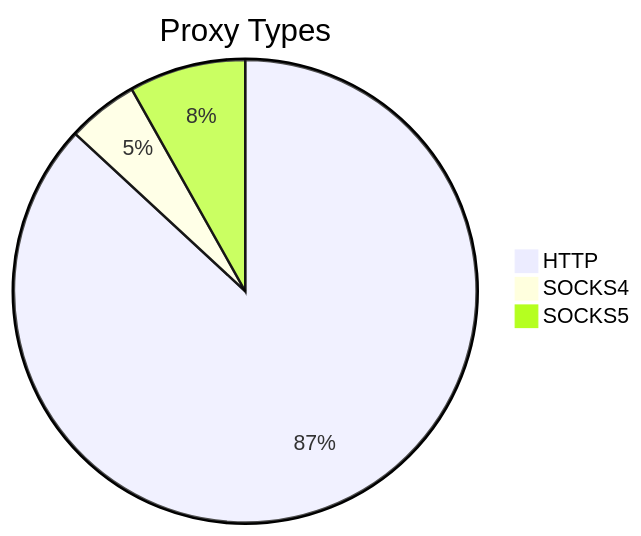
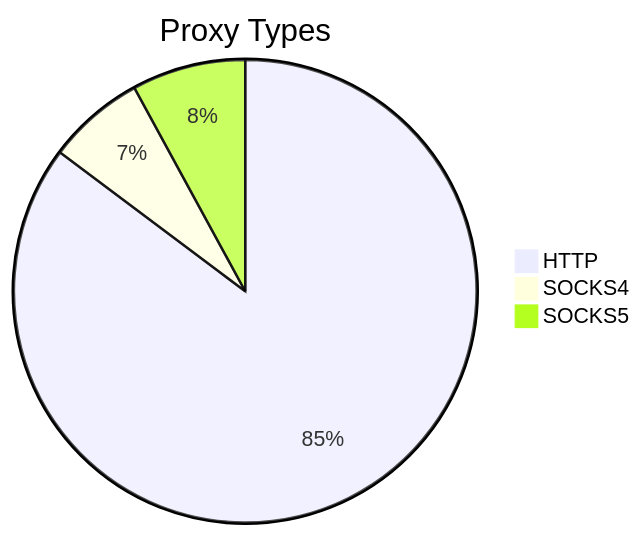
One commit to stormsia/proxy-list changed the first of 2 diagrams in README.md. Above: the diagram before and after it, drawn with Mermaid. The commit also changed other lines of this file, not shown here.

````diff
--- a/README.md
+++ b/README.md
@@ -21,6 +21,6 @@
 ```mermaid
 pie title Proxy Types
-    "HTTP" : 736
-    "SOCKS4" : 42
-    "SOCKS5" : 69
+    "HTTP" : 837
+    "SOCKS4" : 67
+    "SOCKS5" : 78
 ```
````
